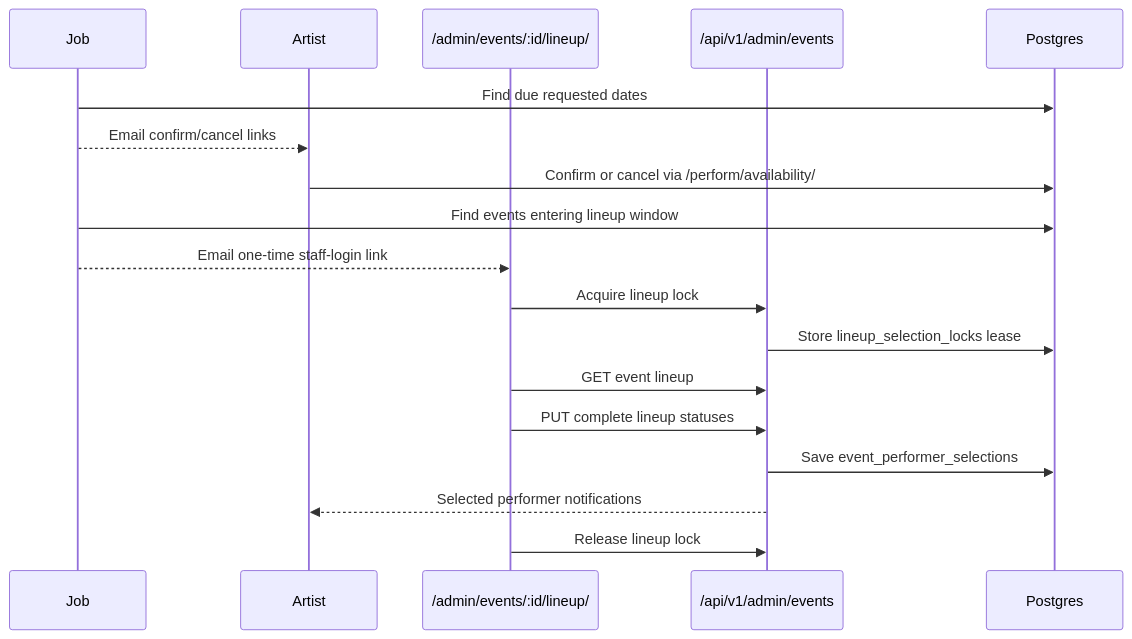
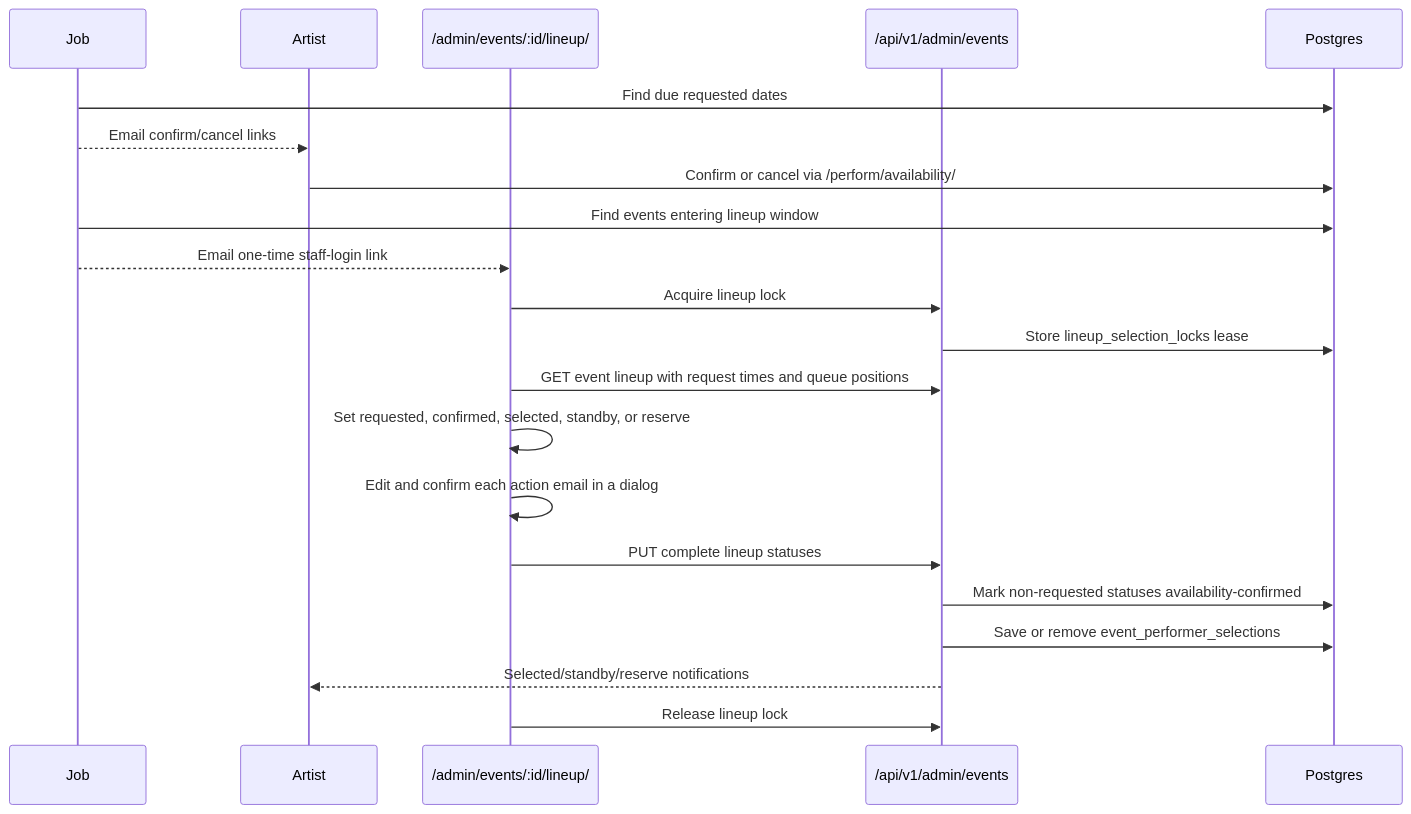
Before and after one commit to emom-sydney/website: the second of 3 diagrams in PERFORMER_WORKFLOW_FLOW.md, drawn with Mermaid. The commit also changed other lines of this file and 7 other files, not shown here.

````diff
--- a/PERFORMER_WORKFLOW_FLOW.md
+++ b/PERFORMER_WORKFLOW_FLOW.md
@@ -42,21 +42,24 @@
 ```mermaid
 sequenceDiagram
     participant Job
     participant Artist
     participant Admin as /admin/events/:id/lineup/
     participant API as /api/v1/admin/events
     participant DB as Postgres
 
     Job->>DB: Find due requested dates
     Job-->>Artist: Email confirm/cancel links
     Artist->>DB: Confirm or cancel via /perform/availability/
     Job->>DB: Find events entering lineup window
     Job-->>Admin: Email one-time staff-login link
     Admin->>API: Acquire lineup lock
     API->>DB: Store lineup_selection_locks lease
-    Admin->>API: GET event lineup
+    Admin->>API: GET event lineup with request times and queue positions
+    Admin->>Admin: Set requested, confirmed, selected, standby, or reserve
+    Admin->>Admin: Edit and confirm each action email in a dialog
     Admin->>API: PUT complete lineup statuses
-    API->>DB: Save event_performer_selections
-    API-->>Artist: Selected performer notifications
+    API->>DB: Mark non-requested statuses availability-confirmed
+    API->>DB: Save or remove event_performer_selections
+    API-->>Artist: Selected/standby/reserve notifications
     Admin->>API: Release lineup lock
 ```
````
